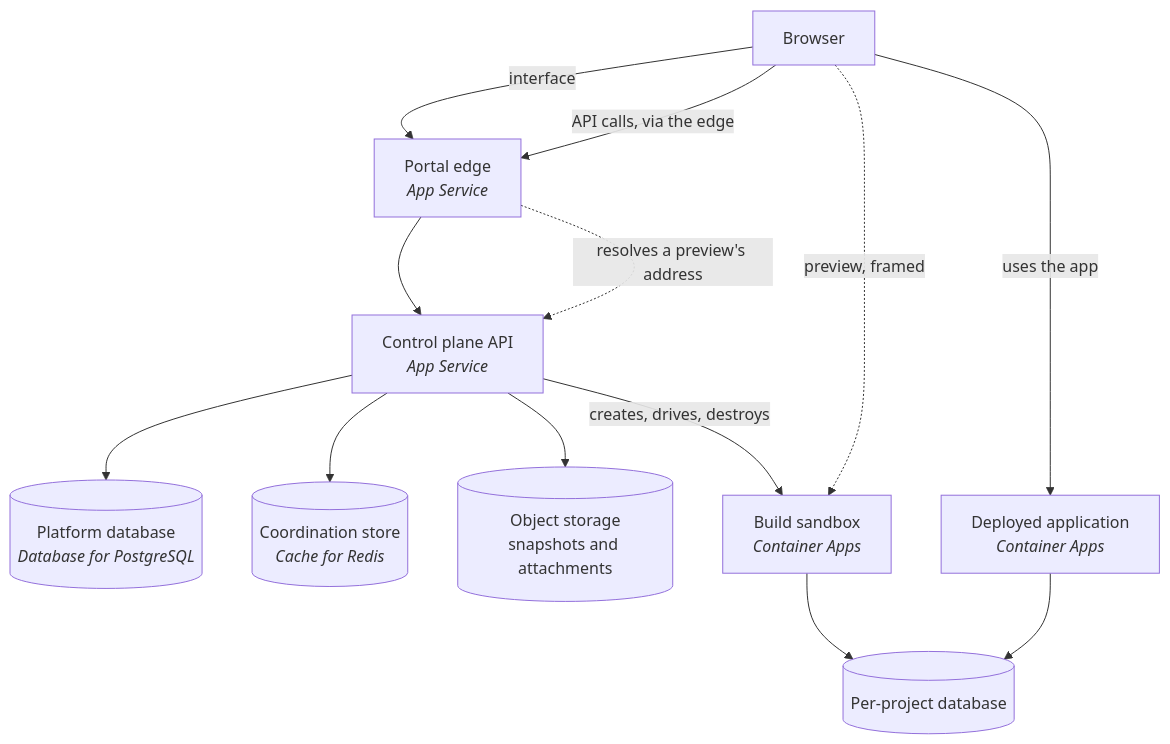
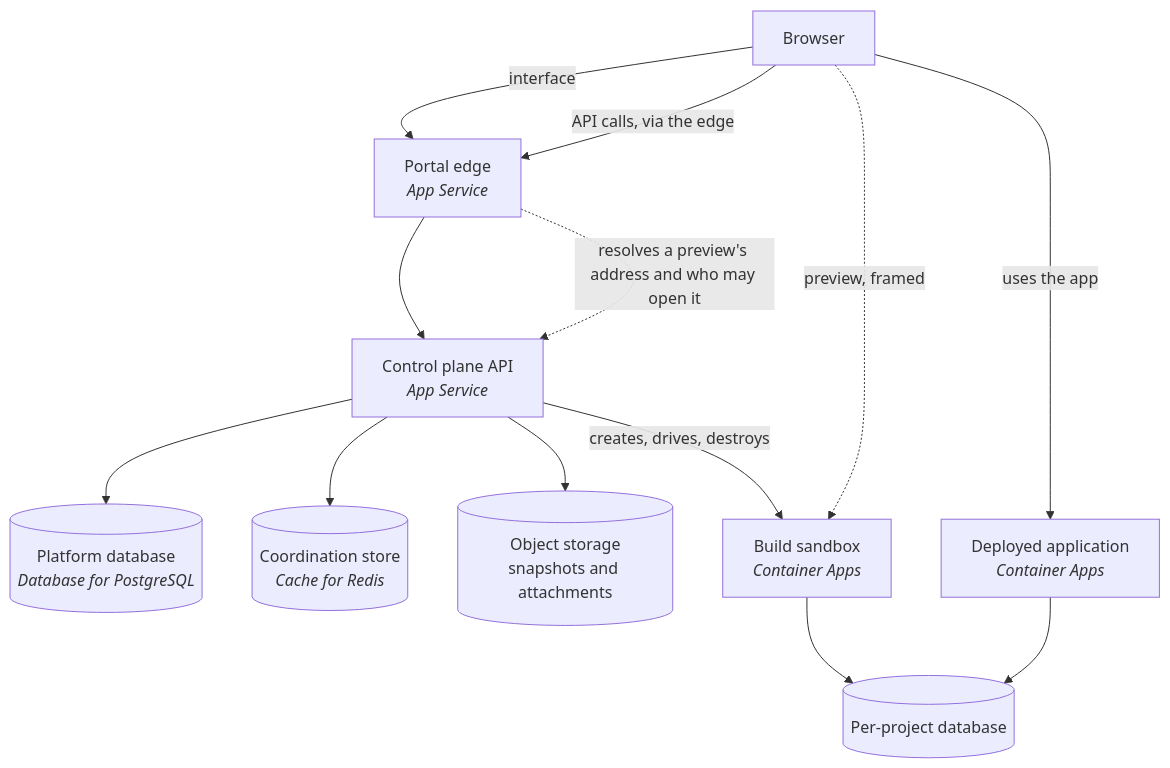
The first of 3 diagrams in documentation/architecture.md (rahulkohli31/bial-cd-active), drawn with Mermaid before and after one commit. The commit also changed other lines of this file and 27 other files, not shown here.

````diff
--- a/documentation/architecture.md
+++ b/documentation/architecture.md
@@ -52,25 +52,25 @@
 ```mermaid
 flowchart TD
   B["Browser"]
   P["Portal edge<br/><i>App Service</i>"]
   A["Control plane API<br/><i>App Service</i>"]
   DB[("Platform database<br/><i>Database for PostgreSQL</i>")]
   R[("Coordination store<br/><i>Cache for Redis</i>")]
   O[("Object storage<br/>snapshots and attachments")]
   S["Build sandbox<br/><i>Container Apps</i>"]
   D["Deployed application<br/><i>Container Apps</i>"]
   AD[("Per-project database")]
 
   B -->|"interface"| P
   B -->|"API calls, via the edge"| P
   P --> A
-  P -.->|"resolves a preview's address"| A
+  P -.->|"resolves a preview's address and who may open it"| A
   A --> DB
   A --> R
   A --> O
   A -->|"creates, drives, destroys"| S
   B -.->|"preview, framed"| S
   B -->|"uses the app"| D
   S --> AD
   D --> AD
 ```
````
